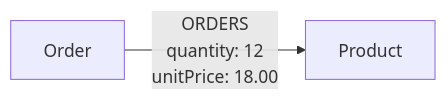
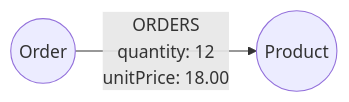
The fifth of 13 diagrams in asciidoc/courses/workshop-importing/modules/2-data-modeling/lessons/7-refactoring/lesson.adoc (neo4j-graphacademy/courses), drawn with Mermaid before and after one commit. The commit also changed other lines of this file and 15 other files, not shown here.

````diff
--- a/asciidoc/courses/workshop-importing/modules/2-data-modeling/lessons/7-refactoring/lesson.adoc
+++ b/asciidoc/courses/workshop-importing/modules/2-data-modeling/lessons/7-refactoring/lesson.adoc
@@ -116,4 +116,4 @@
 ```mermaid
 graph LR
-    A[Order] -->|"ORDERS<br/>quantity: 12<br/>unitPrice: 18.00"| B[Product]
+    A((Order)) -->|"ORDERS<br/>quantity: 12<br/>unitPrice: 18.00"| B((Product))
 ```
````
